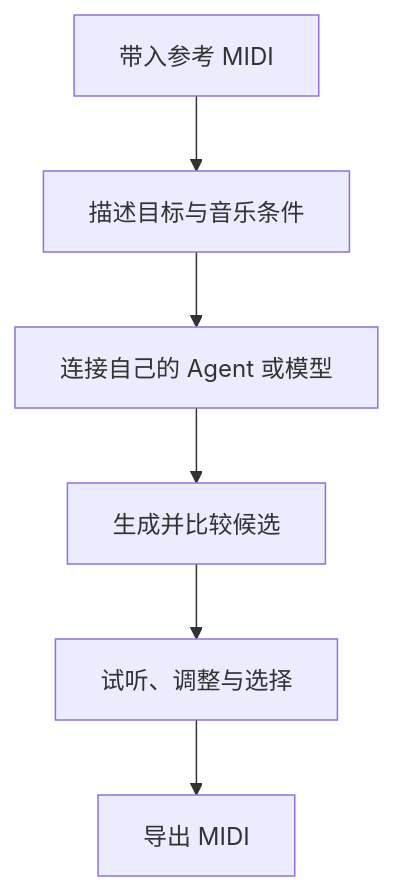
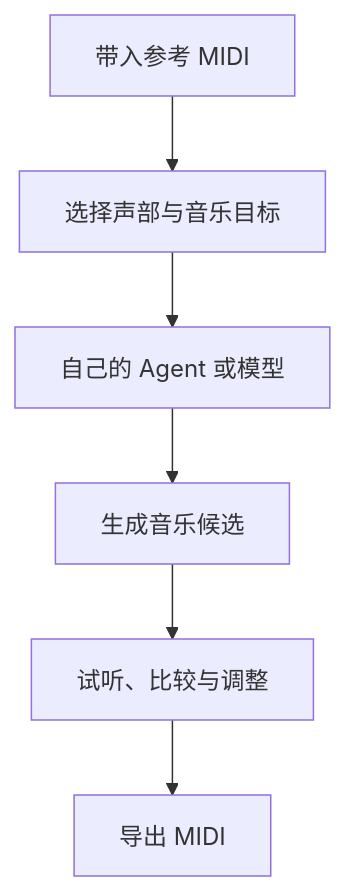
Before and after one commit to ryurikoneko/DAWLoop: the second of 6 diagrams in README.md, drawn with Mermaid. The commit also changed other lines of this file and 1 other file, not shown here.

````diff
--- a/README.md
+++ b/README.md
@@ -101,8 +145,8 @@
 ```mermaid
 flowchart TD
-    A[带入参考 MIDI] --> B[描述目标与音乐条件]
-    B --> C[连接自己的 Agent 或模型]
-    C --> D[生成并比较候选]
-    D --> E[试听、调整与选择]
+    A[带入参考 MIDI] --> B[选择声部与音乐目标]
+    B --> C[自己的 Agent 或模型]
+    C --> D[生成音乐候选]
+    D --> E[试听、比较与调整]
     E --> F[导出 MIDI]
 ```
````
